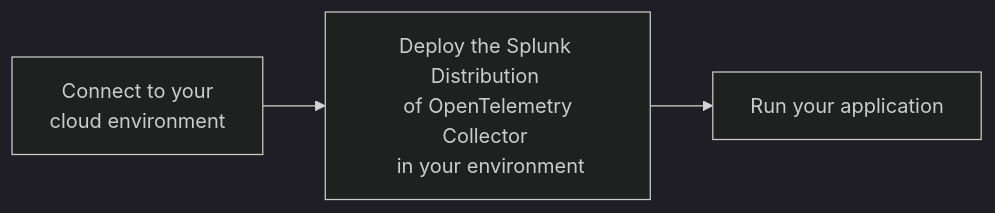
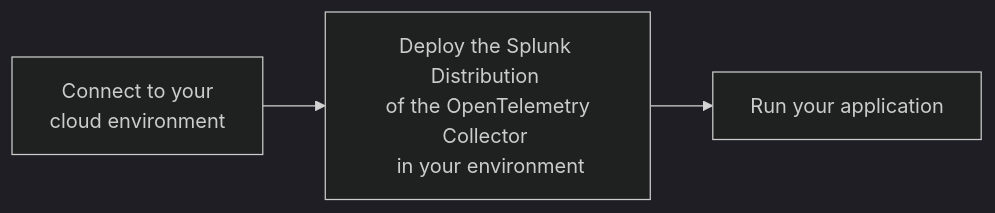
Before and after one commit to splunk/public-o11y-docs: the diagram in gdi/opentelemetry/discovery-mode.rst, drawn with Mermaid (dark theme). The commit also changed other lines of this file, not shown here.

```diff
--- a/gdi/opentelemetry/discovery-mode.rst
+++ b/gdi/opentelemetry/discovery-mode.rst
@@ -23,14 +25,14 @@
 .. mermaid::
    
    flowchart LR
 
       accTitle: Automatic discovery and configuration process diagram
       accDescr: Step one. Connect to your cloud environment. Step two. Ensure the OpenTelemetry Collector is running. Step three. Run your application.
 
       X["Connect to your \n cloud environment"]
 
-      Y["Deploy the Splunk Distribution \n of OpenTelemetry Collector \n in your environment"]
+      Y["Deploy the Splunk Distribution \n of the OpenTelemetry Collector \n in your environment"]
 
       Z["Run your application"]
       
       X --> Y --> Z
```
